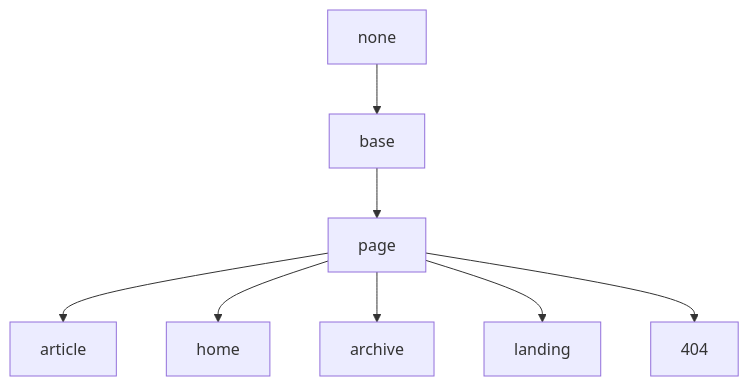
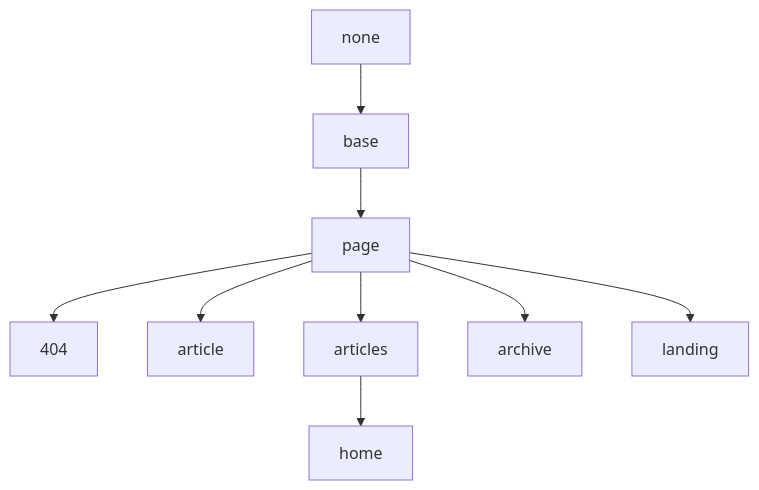
The diagram in docs/_docs/en/2.3-layouts.md (hillaryyang/hillaryyang.github.io), drawn with Mermaid before and after one commit. The commit also changed other lines of this file and 78 other files, not shown here.

````diff
--- a/docs/_docs/en/2.3-layouts.md
+++ b/docs/_docs/en/2.3-layouts.md
@@ -7,18 +7,20 @@
 ```mermaid
 graph TB;
     NONE[none]
     BASE[base]
     PAGE[page]
     ARTICLE[article]
+    ARTICLES[articles]
     HOME[home]
     ARCHIVE[archive]
     LANDING[landing]
     404[404]
     NONE-->BASE;
     BASE-->PAGE;
     PAGE-->ARTICLE;
-    PAGE-->HOME;
+    PAGE-->ARTICLES;
+    ARTICLES-->HOME;
     PAGE-->ARCHIVE;
     PAGE-->LANDING;
     PAGE-->404;
 ```
````
